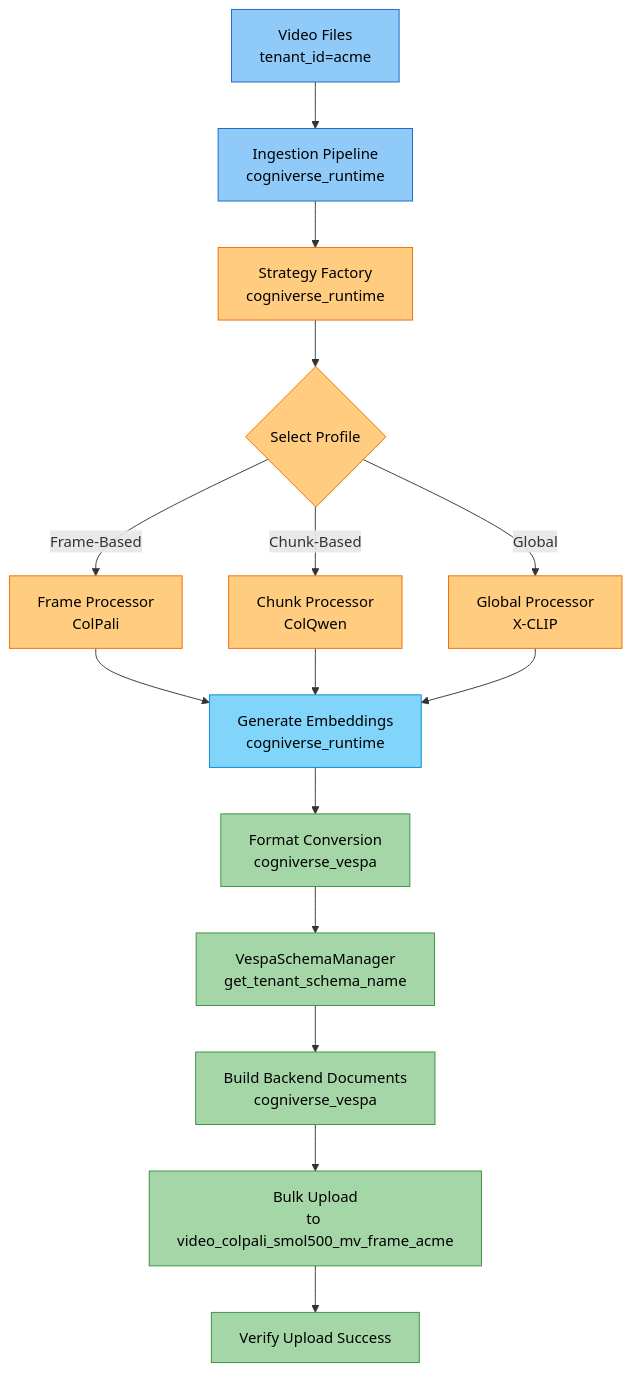
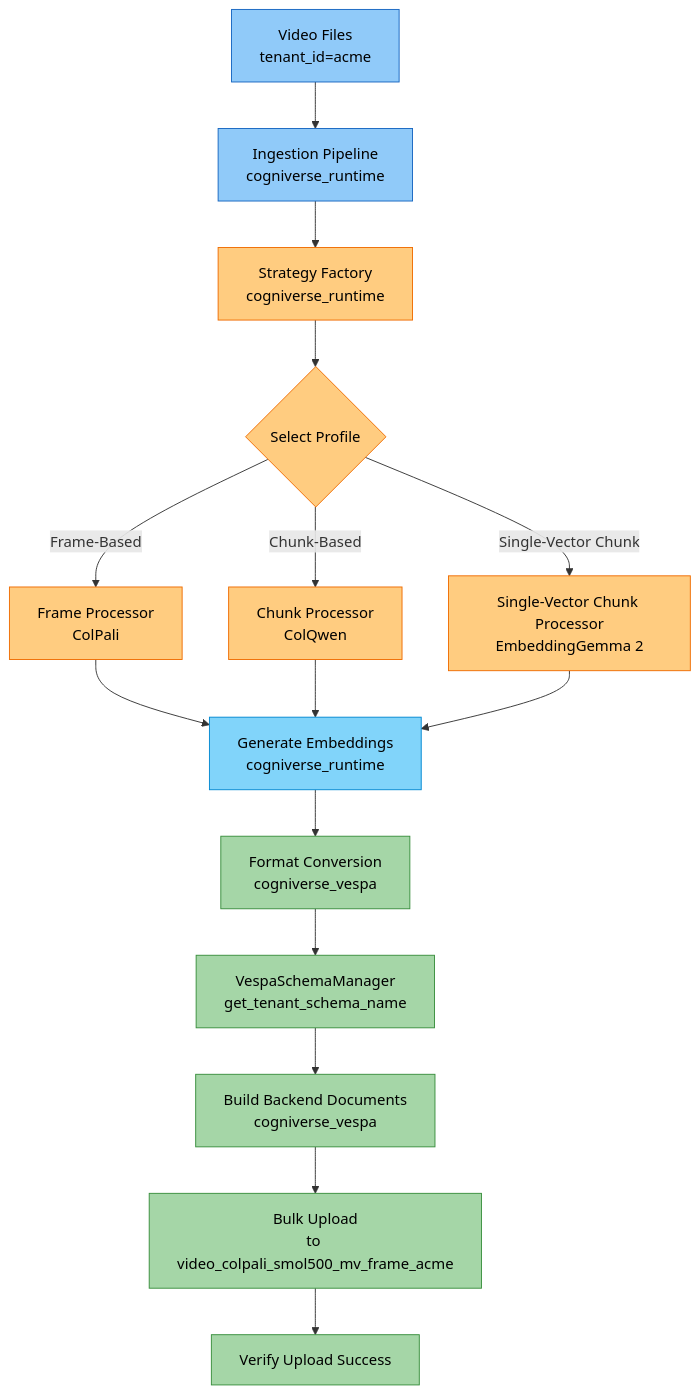
Before and after one commit to amit-jain/cogniverse: diagram 21 of 25 in docs/architecture/system-flows.md, drawn with Mermaid. The commit also changed other lines of this file and 161 other files, not shown here.

````diff
--- a/docs/architecture/system-flows.md
+++ b/docs/architecture/system-flows.md
@@ -940,38 +940,38 @@
 ```mermaid
 flowchart TB
     Input[<span style='color:#000'>Video Files<br/>tenant_id=acme</span>] --> Runtime[<span style='color:#000'>Ingestion Pipeline<br/>cogniverse_runtime</span>]
 
     Runtime --> Strategy[<span style='color:#000'>Strategy Factory<br/>cogniverse_runtime</span>]
 
     Strategy --> Profile{<span style='color:#000'>Select Profile</span>}
     Profile -->|Frame-Based| FrameProc[<span style='color:#000'>Frame Processor<br/>ColPali</span>]
     Profile -->|Chunk-Based| ChunkProc[<span style='color:#000'>Chunk Processor<br/>ColQwen</span>]
-    Profile -->|Global| GlobalProc[<span style='color:#000'>Global Processor<br/>X-CLIP</span>]
+    Profile -->|Single-Vector Chunk| SVProc[<span style='color:#000'>Single-Vector Chunk Processor<br/>EmbeddingGemma 2</span>]
 
     FrameProc --> Embed[<span style='color:#000'>Generate Embeddings<br/>cogniverse_runtime</span>]
     ChunkProc --> Embed
-    GlobalProc --> Embed
+    SVProc --> Embed
 
     Embed --> Format[<span style='color:#000'>Format Conversion<br/>cogniverse_vespa</span>]
 
     Format --> SchemaMgr[<span style='color:#000'>VespaSchemaManager<br/>get_tenant_schema_name</span>]
 
     SchemaMgr --> Build[<span style='color:#000'>Build Backend Documents<br/>cogniverse_vespa</span>]
 
     Build --> Upload[<span style='color:#000'>Bulk Upload<br/>to video_colpali_smol500_mv_frame_acme</span>]
     Upload --> Verify[<span style='color:#000'>Verify Upload Success</span>]
 
     style Input fill:#90caf9,stroke:#1565c0,color:#000
     style Runtime fill:#90caf9,stroke:#1565c0,color:#000
     style Strategy fill:#ffcc80,stroke:#ef6c00,color:#000
     style Profile fill:#ffcc80,stroke:#ef6c00,color:#000
     style FrameProc fill:#ffcc80,stroke:#ef6c00,color:#000
     style ChunkProc fill:#ffcc80,stroke:#ef6c00,color:#000
-    style GlobalProc fill:#ffcc80,stroke:#ef6c00,color:#000
+    style SVProc fill:#ffcc80,stroke:#ef6c00,color:#000
     style Embed fill:#81d4fa,stroke:#0288d1,color:#000
     style Format fill:#a5d6a7,stroke:#388e3c,color:#000
     style SchemaMgr fill:#a5d6a7,stroke:#388e3c,color:#000
     style Build fill:#a5d6a7,stroke:#388e3c,color:#000
     style Upload fill:#a5d6a7,stroke:#388e3c,color:#000
     style Verify fill:#a5d6a7,stroke:#388e3c,color:#000
 ```
````
